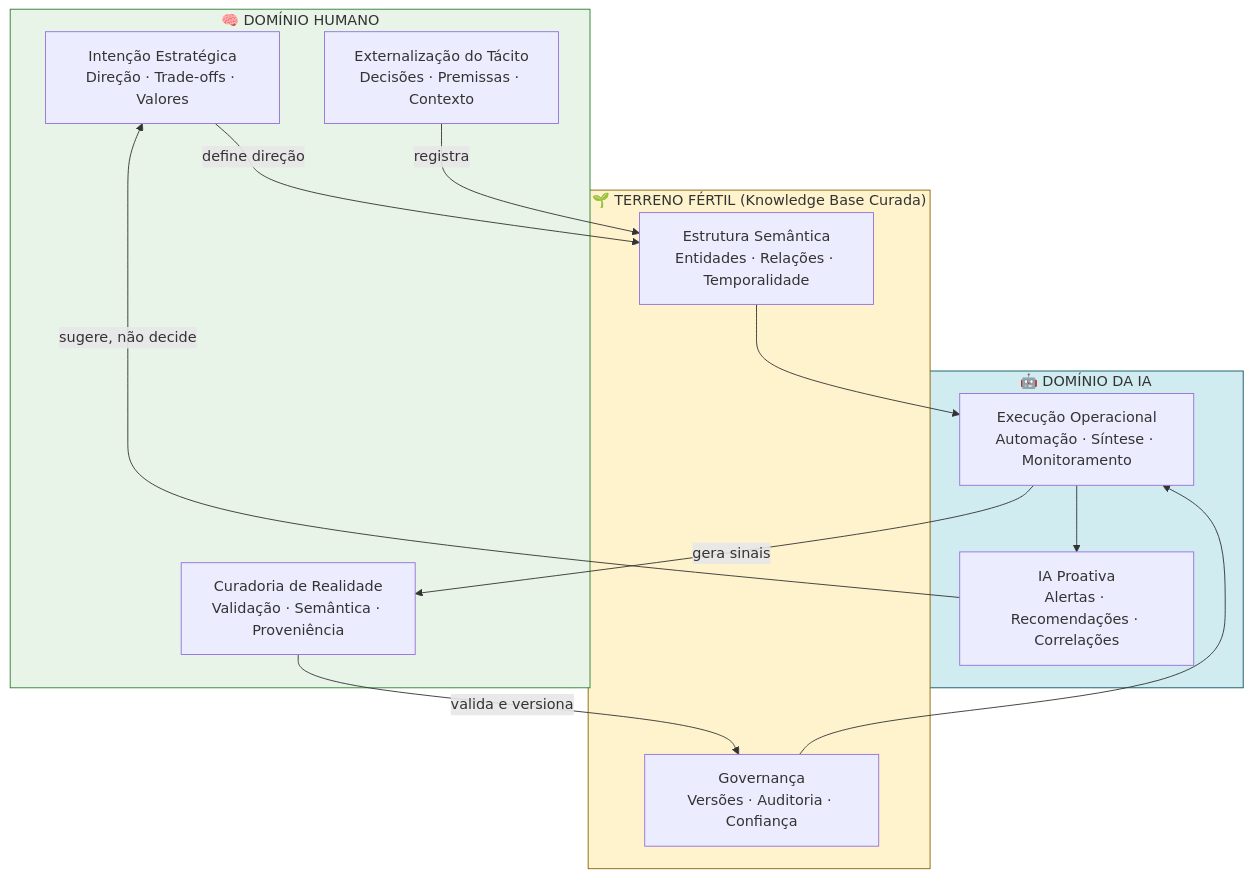
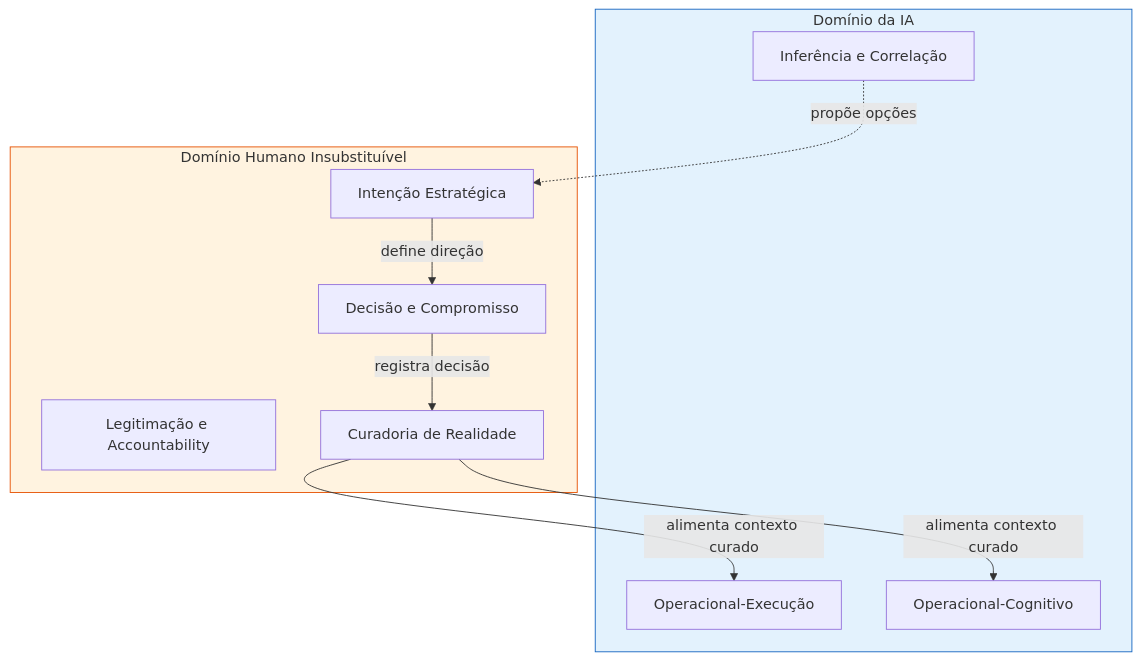
Before and after one commit to Trindade11/Teste: the second of 5 diagrams in EKS/knowledge engineering/knowledge-engineering-negocio.md, drawn with Mermaid. The commit also changed other lines of this file and 7 other files, not shown here.

````diff
--- a/EKS/knowledge engineering/knowledge-engineering-negocio.md
+++ b/EKS/knowledge engineering/knowledge-engineering-negocio.md
@@ -303,31 +109,24 @@
 ```mermaid
-flowchart TB
-    subgraph HUMANO["🧠 DOMÍNIO HUMANO"]
-        INT["Intenção Estratégica<br/>Direção · Trade-offs · Valores"]
-        CUR["Curadoria de Realidade<br/>Validação · Semântica · Proveniência"]
-        EXT["Externalização do Tácito<br/>Decisões · Premissas · Contexto"]
+flowchart TD
+    subgraph IA["Domínio da IA"]
+        O1[Operacional-Execução]
+        O2[Operacional-Cognitivo]
+        O3[Inferência e Correlação]
     end
-
-    subgraph TERRENO["🌱 TERRENO FÉRTIL (Knowledge Base Curada)"]
-        SEM["Estrutura Semântica<br/>Entidades · Relações · Temporalidade"]
-        GOV["Governança<br/>Versões · Auditoria · Confiança"]
+    
+    subgraph HUMANO["Domínio Humano Insubstituível"]
+        H1[Intenção Estratégica]
+        H2[Decisão e Compromisso]
+        H3[Legitimação e Accountability]
+        H4[Curadoria de Realidade]
     end
-
-    subgraph IA["🤖 DOMÍNIO DA IA"]
-        EXEC["Execução Operacional<br/>Automação · Síntese · Monitoramento"]
-        PROAT["IA Proativa<br/>Alertas · Recomendações · Correlações"]
-    end
-
-    INT -->|define direção| SEM
-    CUR -->|valida e versiona| GOV
-    EXT -->|registra| SEM
-    SEM --> EXEC
-    GOV --> EXEC
-    EXEC -->|gera sinais| CUR
-    PROAT -->|sugere, não decide| INT
-    EXEC --> PROAT
-
-    style HUMANO fill:#e8f4e8,stroke:#2d7d2d
-    style TERRENO fill:#fff3cd,stroke:#856404
-    style IA fill:#d1ecf1,stroke:#0c5460
+    
+    O3 -.->|propõe opções| H1
+    H1 -->|define direção| H2
+    H2 -->|registra decisão| H4
+    H4 -->|alimenta contexto curado| O1
+    H4 -->|alimenta contexto curado| O2
+    
+    style IA fill:#e3f2fd,stroke:#1565c0
+    style HUMANO fill:#fff3e0,stroke:#e65100
 ```
````
